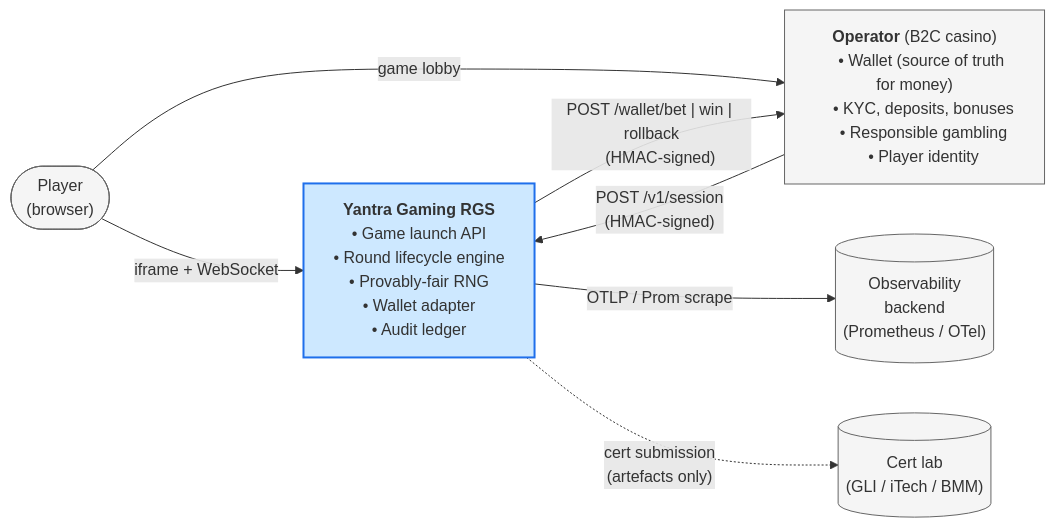
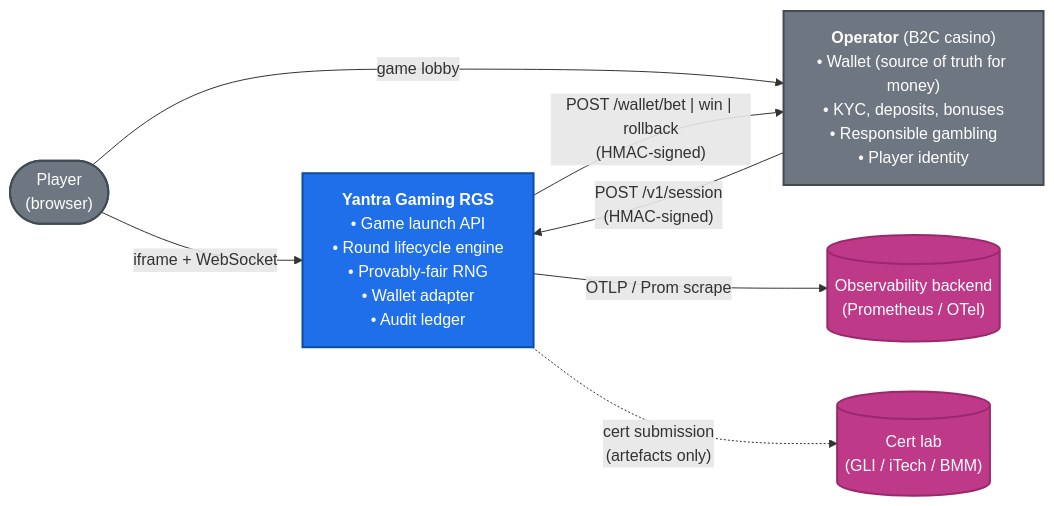
Before and after one commit to dinethlive/yantra-gaming: the first of 9 diagrams in docs/architecture.md, drawn with Mermaid. The commit also changed other lines of this file, not shown here.

First line of the commit message:
docs(architecture): fix mermaid rendering and color contrast

````diff
--- a/docs/architecture.md
+++ b/docs/architecture.md
@@ -23,36 +23,22 @@
 ```mermaid
 flowchart LR
-    player(["Player
-    (browser)"])
-    operator["<b>Operator</b> (B2C casino)
-    • Wallet (source of truth for money)
-    • KYC, deposits, bonuses
-    • Responsible gambling
-    • Player identity"]
-    rgs["<b>Yantra Gaming RGS</b>
-    • Game launch API
-    • Round lifecycle engine
-    • Provably-fair RNG
-    • Wallet adapter
-    • Audit ledger"]
-    cert[("Cert lab
-    (GLI / iTech / BMM)")]
-    obs[("Observability
-    backend
-    (Prometheus / OTel)")]
+    player(["Player<br/>(browser)"])
+    operator["<b>Operator</b> (B2C casino)<br/>• Wallet (source of truth for money)<br/>• KYC, deposits, bonuses<br/>• Responsible gambling<br/>• Player identity"]
+    rgs["<b>Yantra Gaming RGS</b><br/>• Game launch API<br/>• Round lifecycle engine<br/>• Provably-fair RNG<br/>• Wallet adapter<br/>• Audit ledger"]
+    cert[("Cert lab<br/>(GLI / iTech / BMM)")]
+    obs[("Observability backend<br/>(Prometheus / OTel)")]
 
     player -- "iframe + WebSocket" --> rgs
     player -- "game lobby" --> operator
-    operator -- "POST /v1/session
-    (HMAC-signed)" --> rgs
-    rgs -- "POST /wallet/bet | win | rollback
-    (HMAC-signed)" --> operator
+    operator -- "POST /v1/session<br/>(HMAC-signed)" --> rgs
+    rgs -- "POST /wallet/bet | win | rollback<br/>(HMAC-signed)" --> operator
     rgs -- "OTLP / Prom scrape" --> obs
-    rgs -. "cert submission
-    (artefacts only)" .-> cert
+    rgs -. "cert submission<br/>(artefacts only)" .-> cert
 
-    classDef ext fill:#f5f5f5,stroke:#666;
-    classDef sys fill:#cde8ff,stroke:#1f6feb,stroke-width:2px;
-    class operator,player,cert,obs ext;
+    classDef ext fill:#6e7781,stroke:#424a53,stroke-width:2px,color:#fff;
+    classDef sys fill:#1f6feb,stroke:#0b4da0,stroke-width:2px,color:#fff;
+    classDef ds fill:#bf3989,stroke:#99286e,stroke-width:2px,color:#fff;
+    class operator,player ext;
     class rgs sys;
+    class cert,obs ds;
 ```
````
